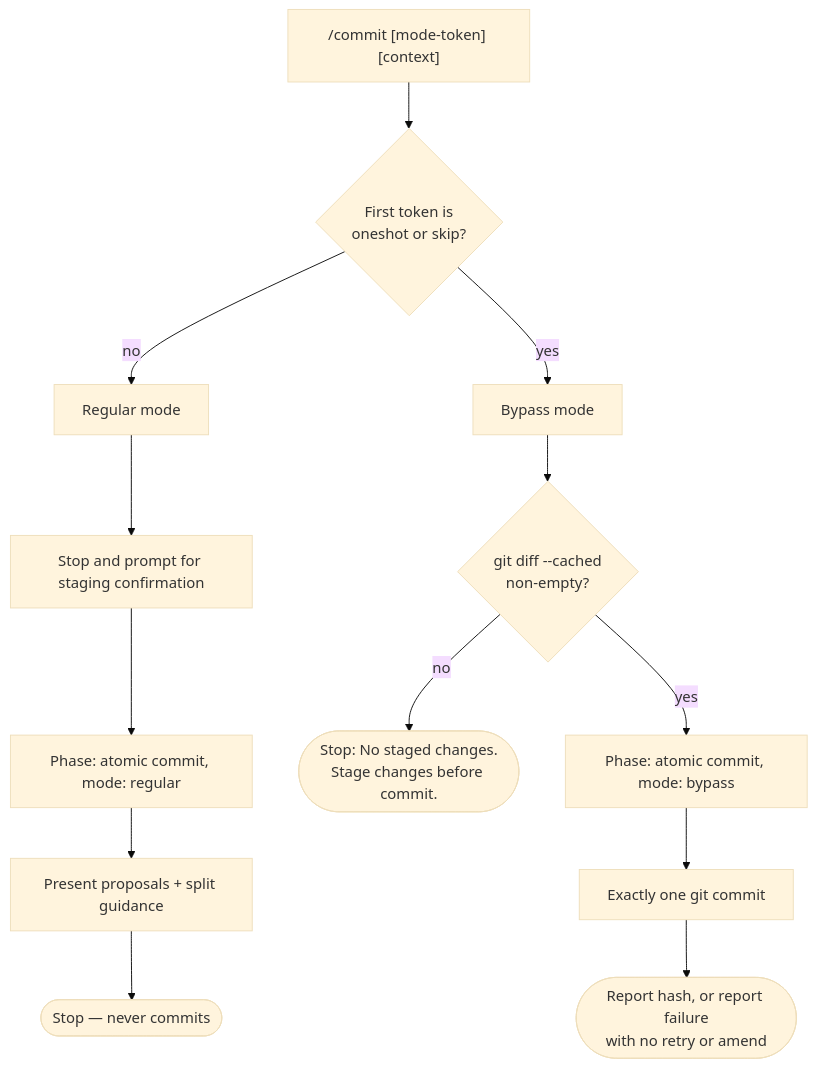
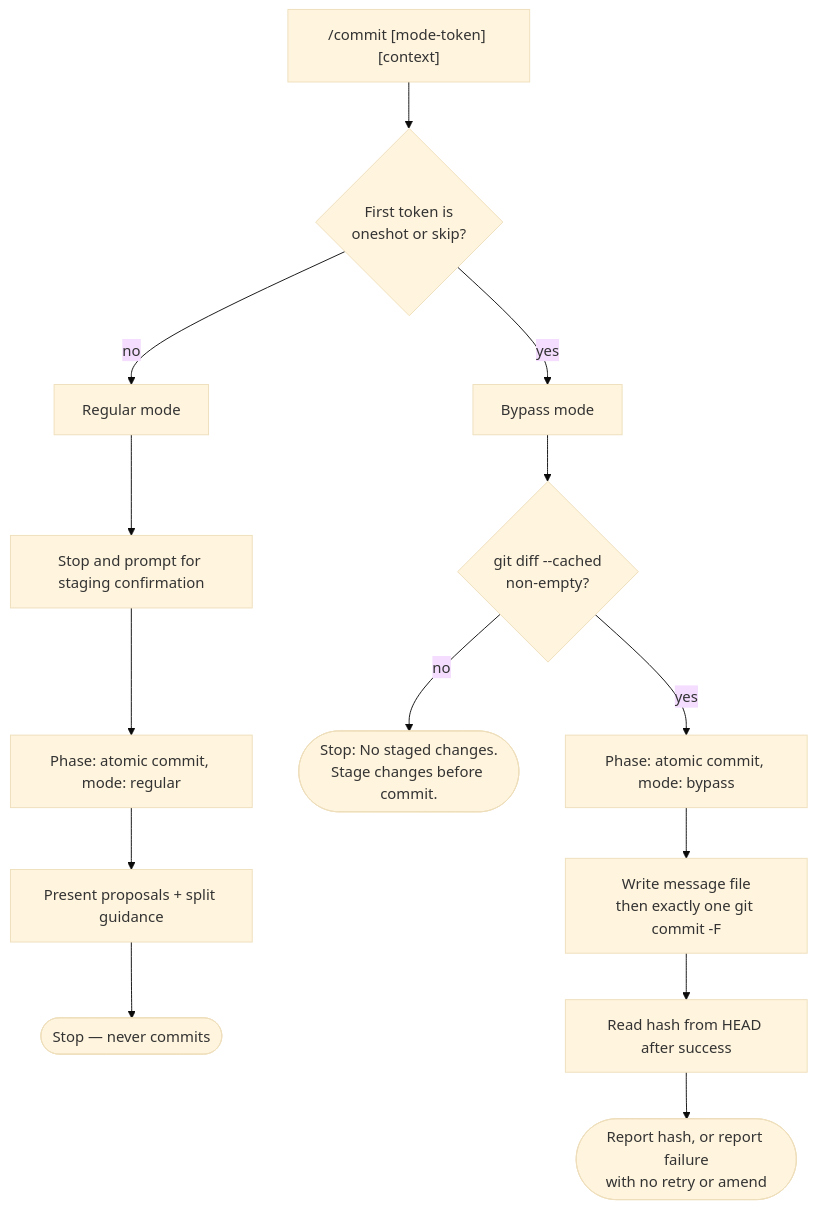
One commit to crocoder-dev/shared-context-engineering changed the diagram in context/sce/atomic-commit-workflow.md. Above: the diagram before and after it, drawn with Mermaid (base theme). The commit also changed other lines of this file and 2 other files, not shown here.

First line of the commit message:
workflow: Make bypass commit execution deterministic

````diff
--- a/context/sce/atomic-commit-workflow.md
+++ b/context/sce/atomic-commit-workflow.md
@@ -34,17 +34,18 @@
 ```mermaid
 flowchart TD
     A["/commit [mode-token] [context]"] --> B{First token is<br/>oneshot or skip?}
     B -- no --> C[Regular mode]
     B -- yes --> D[Bypass mode]
 
     C --> C1[Stop and prompt for staging confirmation]
     C1 --> C2[Phase: atomic commit, mode: regular]
     C2 --> C3[Present proposals + split guidance]
     C3 --> C4([Stop — never commits])
 
     D --> D1{git diff --cached<br/>non-empty?}
     D1 -- no --> D2([Stop: No staged changes.<br/>Stage changes before commit.])
     D1 -- yes --> D3[Phase: atomic commit, mode: bypass]
-    D3 --> D4[Exactly one git commit]
-    D4 --> D5([Report hash, or report failure<br/>with no retry or amend])
+    D3 --> D4[Write message file<br/>then exactly one git commit -F]
+    D4 --> D5[Read hash from HEAD after success]
+    D5 --> D6([Report hash, or report failure<br/>with no retry or amend])
 ```
````
